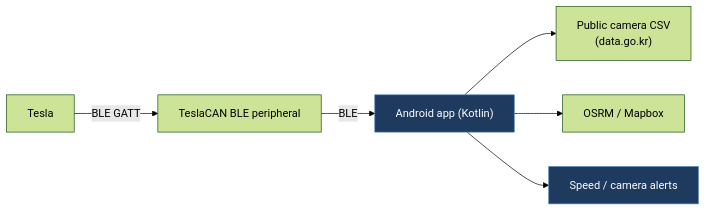
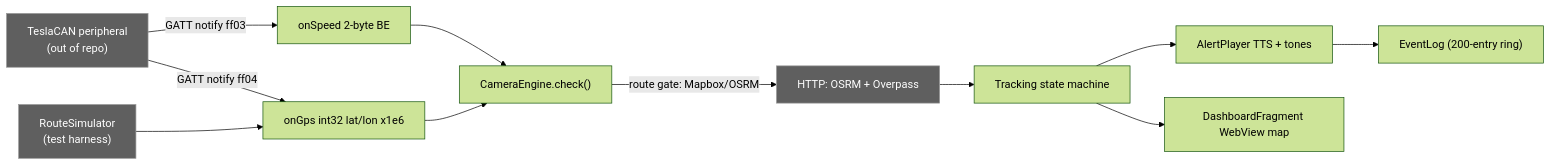
Before and after one commit to babico/TeslaCANModder: the first of 3 diagrams in docs/legacy/kangbumhee-TLA-SpeedAlert.md, drawn with Mermaid (forest theme). The commit also changed other lines of this file and 99 other files, not shown here.

````diff
--- a/docs/legacy/kangbumhee-TLA-SpeedAlert.md
+++ b/docs/legacy/kangbumhee-TLA-SpeedAlert.md
@@ -19,10 +119,15 @@
 ```mermaid
 flowchart LR
-    Tesla["Tesla"] -->|BLE GATT| Peri["TeslaCAN BLE peripheral"]
-    Peri -->|BLE| App["Android app (Kotlin)"]
-    App --> CSV["Public camera CSV<br/>(data.go.kr)"]
-    App --> Route["OSRM / Mapbox"]
-    App --> Alert["Speed / camera alerts"]
-    classDef path fill:#1e3a5f,stroke:#4a7fb5,color:#fff
-    class App,Alert path
+    Peri["TeslaCAN peripheral<br/>(out of repo)"] -->|GATT notify ff03| Speed["onSpeed 2-byte BE"]
+    Peri -->|GATT notify ff04| Gps["onGps int32 lat/lon x1e6"]
+    Sim["RouteSimulator<br/>(test harness)"] --> Gps
+    Speed --> Check["CameraEngine.check()"]
+    Gps --> Check
+    Check -->|"route gate: Mapbox/OSRM"| Net["HTTP: OSRM + Overpass"]
+    Net --> Track["Tracking state machine"]
+    Track --> Alert["AlertPlayer TTS + tones"]
+    Track --> UI["DashboardFragment WebView map"]
+    Alert --> Log["EventLog (200-entry ring)"]
+    classDef ext fill:#5f5f5f,stroke:#999,color:#fff
+    class Peri,Net,Sim ext
 ```
````
